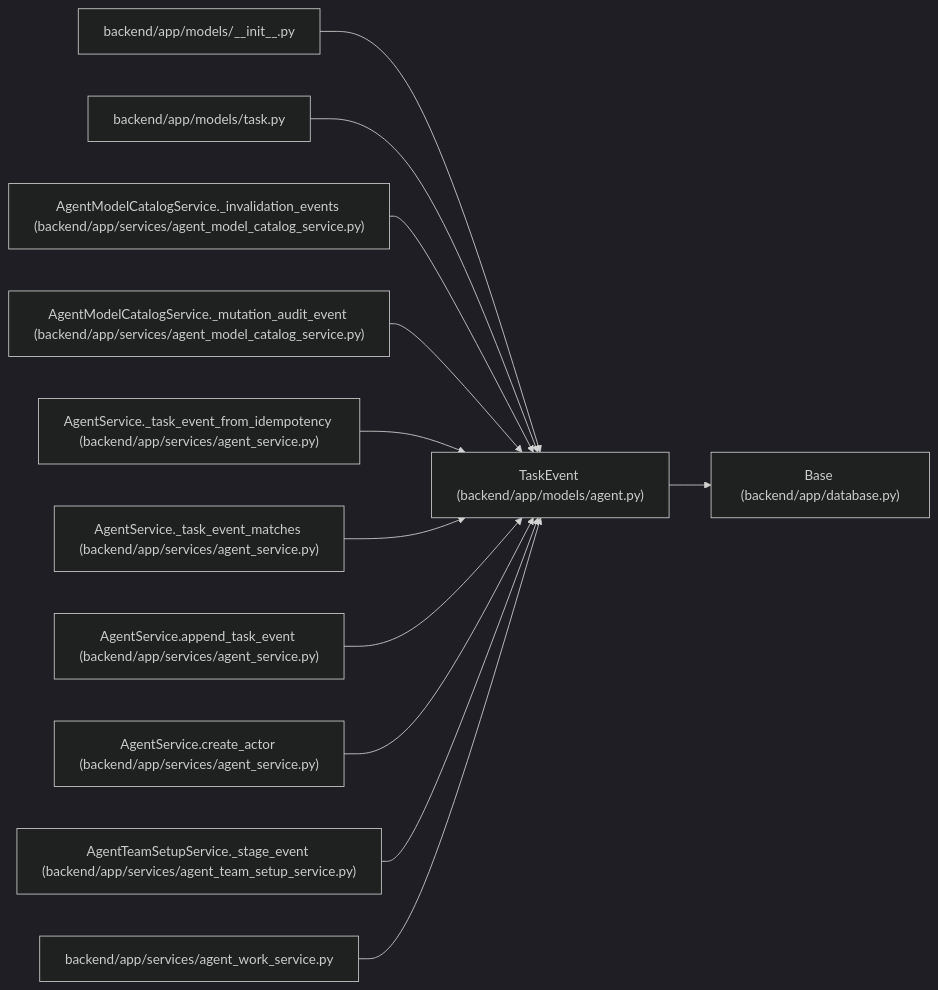
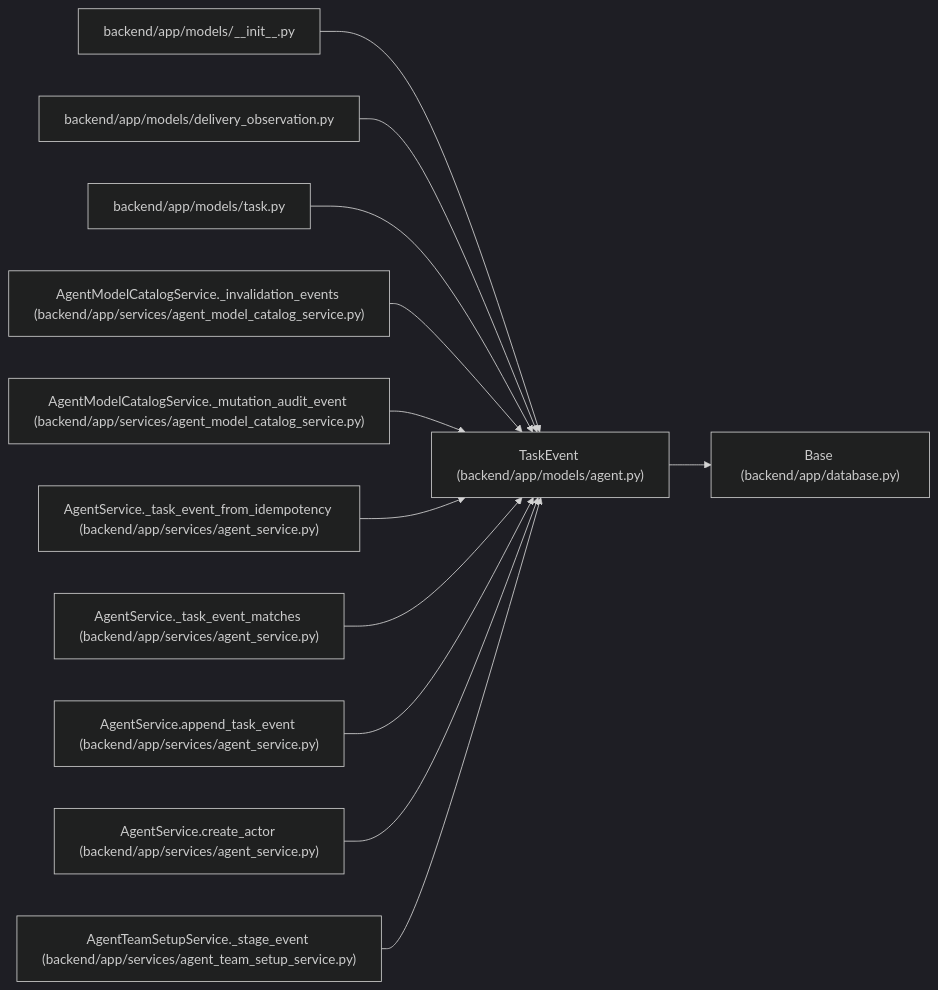
One commit to Denissvgn/WorkChord changed the diagram in docs/llm_wiki/entities/TaskEvent.md. Above: the diagram before and after it, drawn with Mermaid (dark theme). The commit also changed other lines of this file and 6624 other files, not shown here.

````diff
--- a/docs/llm_wiki/entities/TaskEvent.md
+++ b/docs/llm_wiki/entities/TaskEvent.md
@@ -37,38 +37,38 @@
 ```mermaid
 flowchart LR
     n0["TaskEvent (backend/app/models/agent.py)"]
     n1["Base (backend/app/database.py)"]
     n2["backend/app/models/__init__.py"]
-    n3["backend/app/models/task.py"]
-    n4["AgentModelCatalogService._invalidation_events (backend/app/services/agent_model_catalog_service.py)"]
-    n5["AgentModelCatalogService._mutation_audit_event (backend/app/services/agent_model_catalog_service.py)"]
-    n6["AgentService._task_event_from_idempotency (backend/app/services/agent_service.py)"]
-    n7["AgentService._task_event_matches (backend/app/services/agent_service.py)"]
-    n8["AgentService.append_task_event (backend/app/services/agent_service.py)"]
-    n9["AgentService.create_actor (backend/app/services/agent_service.py)"]
-    n10["AgentTeamSetupService._stage_event (backend/app/services/agent_team_setup_service.py)"]
-    n11["backend/app/services/agent_work_service.py"]
+    n3["backend/app/models/delivery_observation.py"]
+    n4["backend/app/models/task.py"]
+    n5["AgentModelCatalogService._invalidation_events (backend/app/services/agent_model_catalog_service.py)"]
+    n6["AgentModelCatalogService._mutation_audit_event (backend/app/services/agent_model_catalog_service.py)"]
+    n7["AgentService._task_event_from_idempotency (backend/app/services/agent_service.py)"]
+    n8["AgentService._task_event_matches (backend/app/services/agent_service.py)"]
+    n9["AgentService.append_task_event (backend/app/services/agent_service.py)"]
+    n10["AgentService.create_actor (backend/app/services/agent_service.py)"]
+    n11["AgentTeamSetupService._stage_event (backend/app/services/agent_team_setup_service.py)"]
     n0 --> n1
     n2 --> n0
     n3 --> n0
     n4 --> n0
     n5 --> n0
     n6 --> n0
     n7 --> n0
     n8 --> n0
     n9 --> n0
     n10 --> n0
     n11 --> n0
     click n0 "../modules/models_agent.md"
     click n1 "../modules/app_database.md"
     click n2 "../modules/models___init__.md"
-    click n3 "../modules/models_task.md"
-    click n4 "../modules/agent_model_catalog_service.md"
+    click n3 "../modules/delivery_observation.md"
+    click n4 "../modules/models_task.md"
     click n5 "../modules/agent_model_catalog_service.md"
-    click n6 "../modules/agent_service.md"
+    click n6 "../modules/agent_model_catalog_service.md"
     click n7 "../modules/agent_service.md"
     click n8 "../modules/agent_service.md"
     click n9 "../modules/agent_service.md"
-    click n10 "../modules/agent_team_setup_service.md"
-    click n11 "../modules/agent_work_service.md"
+    click n10 "../modules/agent_service.md"
+    click n11 "../modules/agent_team_setup_service.md"
 ```
````
